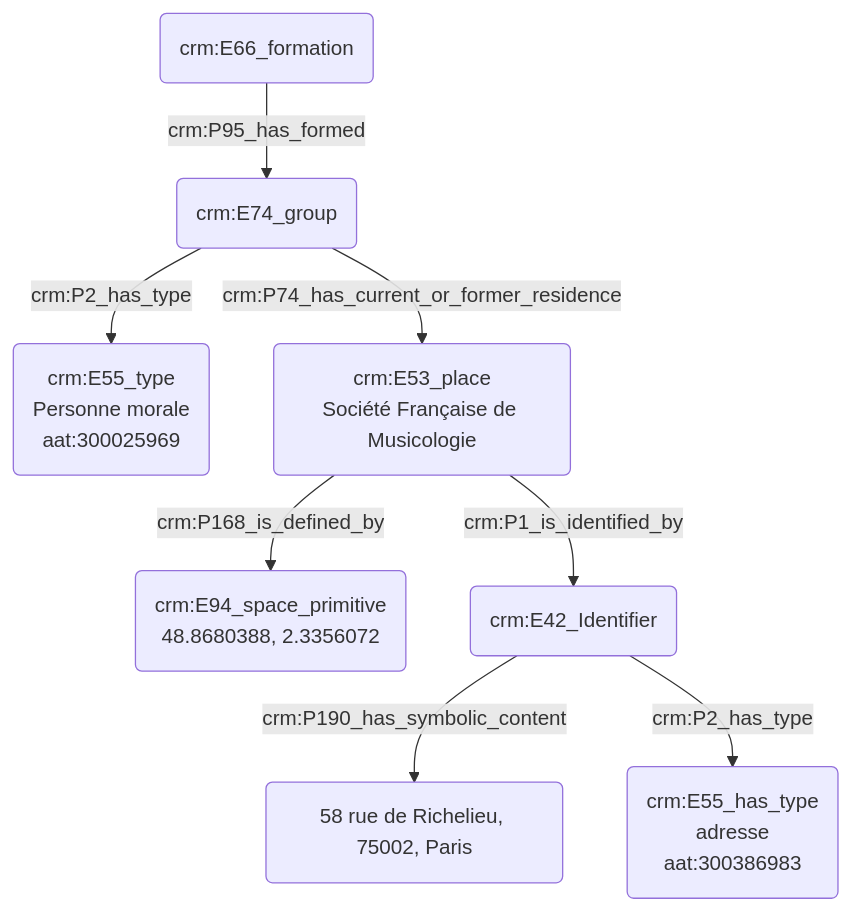
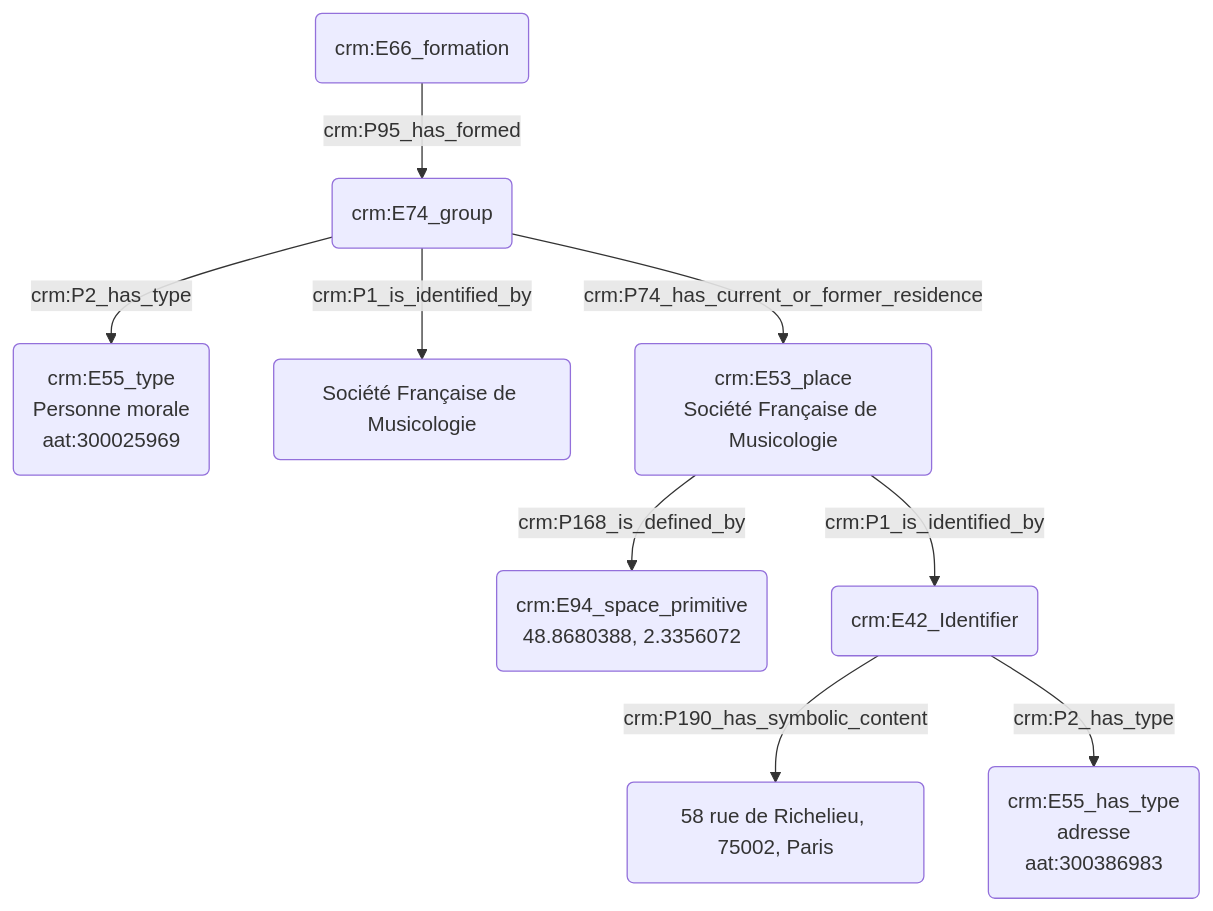
One commit to Amleth/consortium-musica2-gt2-ontologies changed the diagram in modules/livrables/Dossier 2/Indexation conceptuelle/désignation d'une personne morale.md. Above: the diagram before and after it, drawn with Mermaid.

Commit message:
Update désignation d'une personne morale.md

````diff
--- a/modules/livrables/Dossier 2/Indexation conceptuelle/désignation d'une personne morale.md
+++ b/modules/livrables/Dossier 2/Indexation conceptuelle/désignation d'une personne morale.md
@@ -15,14 +15,15 @@
 ```mermaid
 graph TD;
 
 A(crm:E39_actor) --> |crm:P2_has_type| B(crm:E55_type<br>Personne morale<br>aat:300025969)
-C(crm:E66_formation) --> |crm:P95_has_formed| A(crm:E39_actor)
+C(crm:E66_formation) --> |crm:P95_has_formed| A(crm:E74_group)
+A(crm:E74_group) --> |crm:P1_is_identified_by| I(Société Française de Musicologie)
 A(crm:E74_group) -->|crm:P74_has_current_or_former_residence| D(crm:E53_place<br>Bibliothèque Nationale de France)
 D(crm:E53_place<br>Société Française de Musicologie) --> |crm:P168_is_defined_by| E(crm:E94_space_primitive<br>48.8680388, 2.3356072)
 D(crm:E53_place<br>Société Française de Musicologie) --> |crm:P1_is_identified_by| F(crm:E42_Identifier)
 F(crm:E42_Identifier) --> |crm:P190_has_symbolic_content| G(58 rue de Richelieu, 75002, Paris)
 F(crm:E42_Identifier) --> |crm:P2_has_type| H(crm:E55_has_type<br>adresse<br>aat:300386983)
 
 
 
 ```
````
